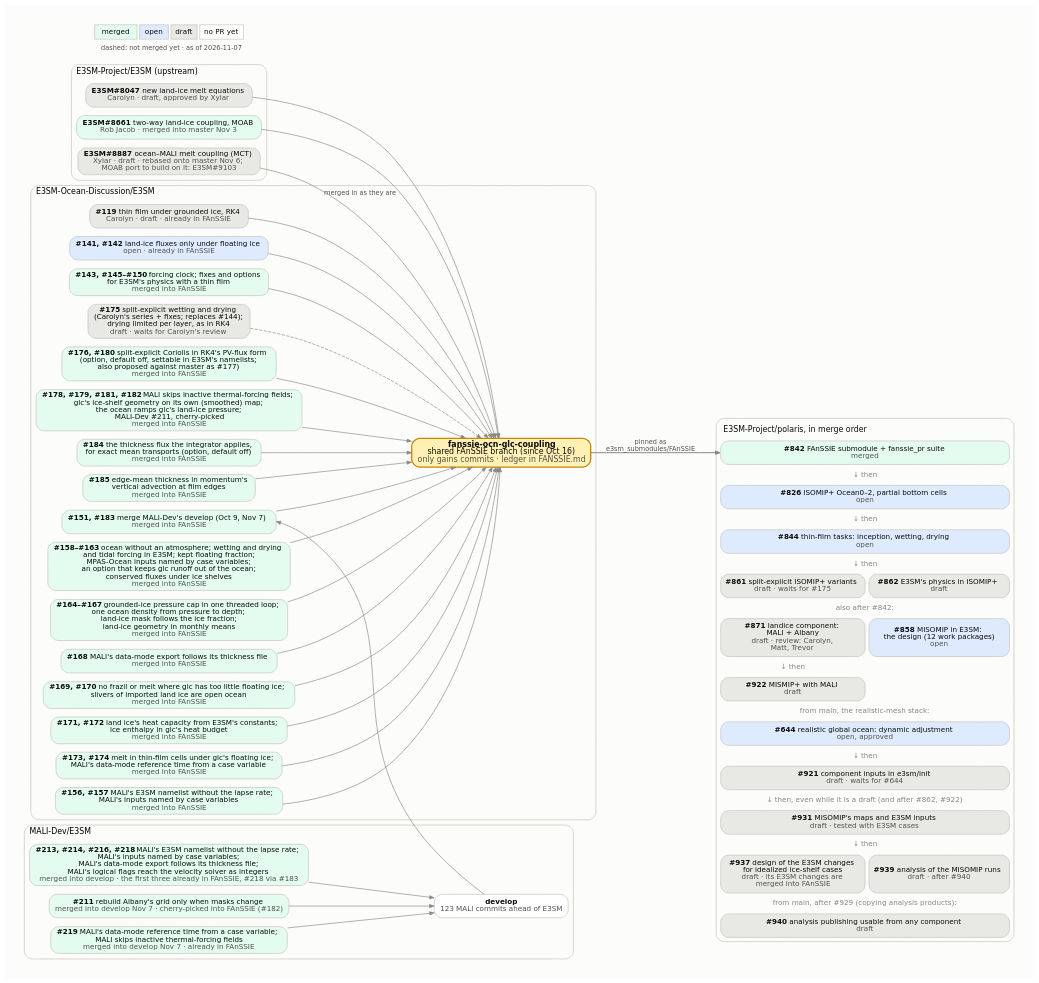
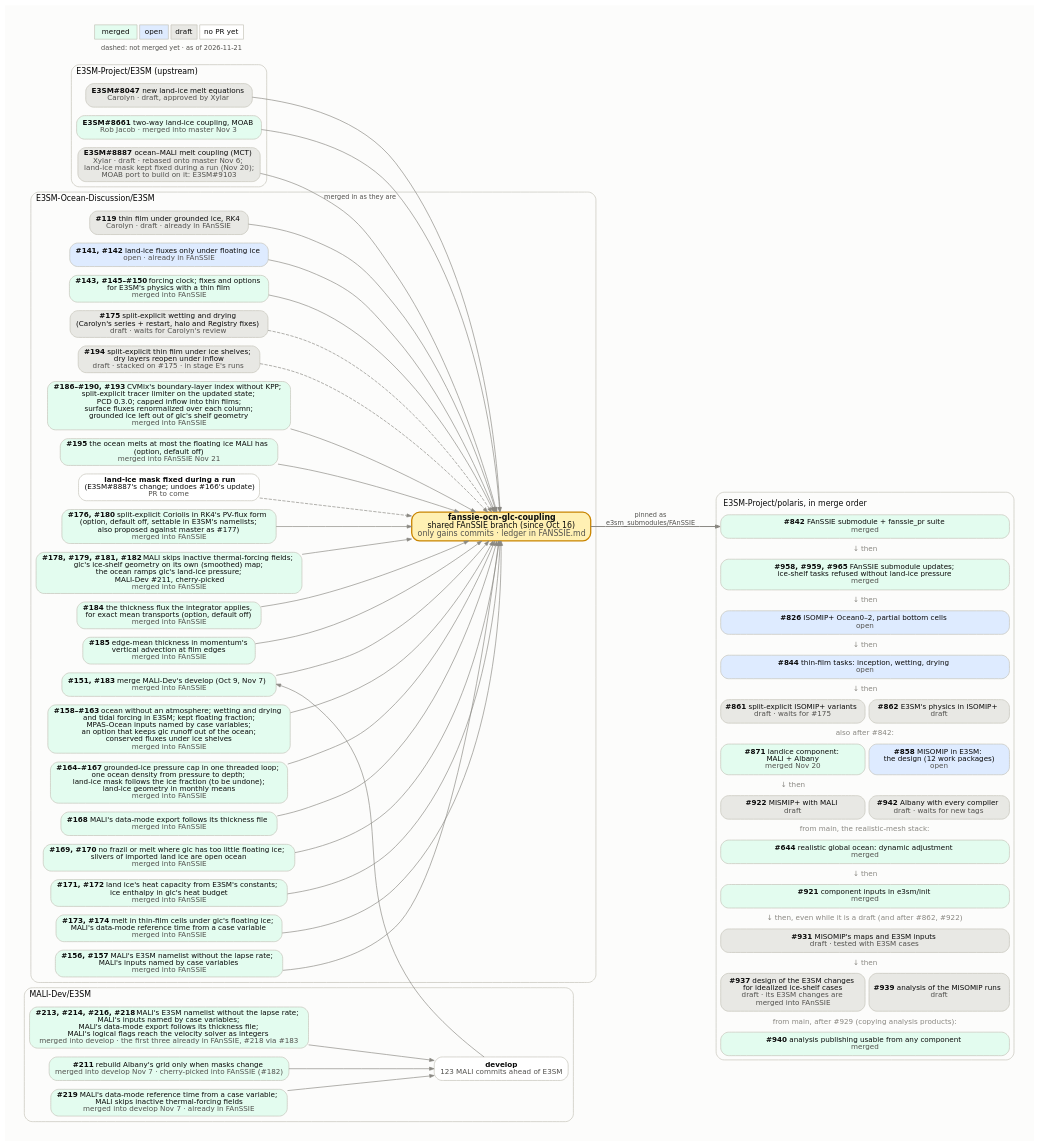
The diagram in docs/design_docs/misomip/code_flow.dot (E3SM-Project/polaris), drawn with Graphviz before and after one commit. The commit also changed 3 other files, not shown here.

First line of the commit message:
Update the MISOMIP status figures for the melt cap

```diff
--- a/docs/design_docs/misomip/code_flow.dot
+++ b/docs/design_docs/misomip/code_flow.dot
@@ -29,7 +29,7 @@
     labeljust=l; fontsize=12; color="#c3c2b7"; style="rounded";
     e8047 [label=<<b>E3SM#8047</b>  new land-ice melt equations<br/><font color="#52514e">Carolyn · draft, approved by Xylar</font>>, fillcolor="#e8e8e4"];
     e8661 [label=<<b>E3SM#8661</b>  two-way land-ice coupling, MOAB<br/><font color="#52514e">Rob Jacob · merged into master Nov 3</font>>, fillcolor="#e3fcef"];
-    e8887 [label=<<b>E3SM#8887</b>  ocean–MALI melt coupling (MCT)<br/><font color="#52514e">Xylar · draft · rebased onto master Nov 6;<br/>MOAB port to build on it: E3SM#9103</font>>, fillcolor="#e8e8e4"];
+    e8887 [label=<<b>E3SM#8887</b>  ocean–MALI melt coupling (MCT)<br/><font color="#52514e">Xylar · draft · rebased onto master Nov 6;<br/>land-ice mask kept fixed during a run (Nov 20);<br/>MOAB port to build on it: E3SM#9103</font>>, fillcolor="#e8e8e4"];
   }
 
   subgraph cluster_malidev {
@@ -47,14 +47,18 @@
     d119 [label=<<b>#119</b>  thin film under grounded ice, RK4<br/><font color="#52514e">Carolyn · draft · already in FAnSSIE</font>>, fillcolor="#e8e8e4"];
     d141 [label=<<b>#141, #142</b>  land-ice fluxes only under floating ice<br/><font color="#52514e">open · already in FAnSSIE</font>>, fillcolor="#deebff"];
     d143 [label=<<b>#143, #145–#150</b>  forcing clock; fixes and options<br/>for E3SM's physics with a thin film<br/><font color="#52514e">merged into FAnSSIE</font>>, fillcolor="#e3fcef"];
-    d175 [label=<<b>#175</b>  split-explicit wetting and drying<br/>(Carolyn's series + fixes; replaces #144);<br/>drying limited per layer, as in RK4<br/><font color="#52514e">draft · waits for Carolyn's review</font>>, fillcolor="#e8e8e4"];
+    d175 [label=<<b>#175</b>  split-explicit wetting and drying<br/>(Carolyn's series + restart, halo and Registry fixes)<br/><font color="#52514e">draft · waits for Carolyn's review</font>>, fillcolor="#e8e8e4"];
+    d194 [label=<<b>#194</b>  split-explicit thin film under ice shelves;<br/>dry layers reopen under inflow<br/><font color="#52514e">draft · stacked on #175 · in stage E's runs</font>>, fillcolor="#e8e8e4"];
+    d186 [label=<<b>#186–#190, #193</b>  CVMix's boundary-layer index without KPP;<br/>split-explicit tracer limiter on the updated state;<br/>PCD 0.3.0; capped inflow into thin films;<br/>surface fluxes renormalized over each column;<br/>grounded ice left out of glc's shelf geometry<br/><font color="#52514e">merged into FAnSSIE</font>>, fillcolor="#e3fcef"];
+    d195 [label=<<b>#195</b>  the ocean melts at most the floating ice MALI has<br/>(option, default off)<br/><font color="#52514e">merged into FAnSSIE Nov 21</font>>, fillcolor="#e3fcef"];
+    dmask [label=<<b>land-ice mask fixed during a run</b><br/>(E3SM#8887's change; undoes #166's update)<br/><font color="#52514e">PR to come</font>>, fillcolor="#ffffff"];
     d176 [label=<<b>#176, #180</b>  split-explicit Coriolis in RK4's PV-flux form<br/>(option, default off, settable in E3SM's namelists;<br/>also proposed against master as #177)<br/><font color="#52514e">merged into FAnSSIE</font>>, fillcolor="#e3fcef"];
     d178 [label=<<b>#178, #179, #181, #182</b>  MALI skips inactive thermal-forcing fields;<br/>glc's ice-shelf geometry on its own (smoothed) map;<br/>the ocean ramps glc's land-ice pressure;<br/>MALI-Dev #211, cherry-picked<br/><font color="#52514e">merged into FAnSSIE</font>>, fillcolor="#e3fcef"];
     d184 [label=<<b>#184</b>  the thickness flux the integrator applies,<br/>for exact mean transports (option, default off)<br/><font color="#52514e">merged into FAnSSIE</font>>, fillcolor="#e3fcef"];
     dvadv [label=<<b>#185</b>  edge-mean thickness in momentum's<br/>vertical advection at film edges<br/><font color="#52514e">merged into FAnSSIE</font>>, fillcolor="#e3fcef"];
     d151 [label=<<b>#151, #183</b>  merge MALI-Dev's develop (Oct 9, Nov 7)<br/><font color="#52514e">merged into FAnSSIE</font>>, fillcolor="#e3fcef"];
     d158 [label=<<b>#158–#163</b>  ocean without an atmosphere; wetting and drying<br/>and tidal forcing in E3SM; kept floating fraction;<br/>MPAS-Ocean inputs named by case variables;<br/>an option that keeps glc runoff out of the ocean;<br/>conserved fluxes under ice shelves<br/><font color="#52514e">merged into FAnSSIE</font>>, fillcolor="#e3fcef"];
-    d164 [label=<<b>#164–#167</b>  grounded-ice pressure cap in one threaded loop;<br/>one ocean density from pressure to depth;<br/>land-ice mask follows the ice fraction;<br/>land-ice geometry in monthly means<br/><font color="#52514e">merged into FAnSSIE</font>>, fillcolor="#e3fcef"];
+    d164 [label=<<b>#164–#167</b>  grounded-ice pressure cap in one threaded loop;<br/>one ocean density from pressure to depth;<br/>land-ice mask follows the ice fraction (to be undone);<br/>land-ice geometry in monthly means<br/><font color="#52514e">merged into FAnSSIE</font>>, fillcolor="#e3fcef"];
     d168 [label=<<b>#168</b>  MALI's data-mode export follows its thickness file<br/><font color="#52514e">merged into FAnSSIE</font>>, fillcolor="#e3fcef"];
     d169 [label=<<b>#169, #170</b>  no frazil or melt where glc has too little floating ice;<br/>slivers of imported land ice are open ocean<br/><font color="#52514e">merged into FAnSSIE</font>>, fillcolor="#e3fcef"];
     d171 [label=<<b>#171, #172</b>  land ice's heat capacity from E3SM's constants;<br/>ice enthalpy in glc's heat budget<br/><font color="#52514e">merged into FAnSSIE</font>>, fillcolor="#e3fcef"];
@@ -69,25 +73,27 @@
       <tr><td border="0" colspan="2" align="left"><font point-size="12">E3SM-Project/polaris, in merge order</font></td></tr>
       <tr><td port="p842" bgcolor="#e3fcef" colspan="2" style="rounded" cellpadding="6"><b>#842</b>  FAnSSIE submodule + fanssie_pr suite<br/><font color="#52514e">merged</font></td></tr>
       <tr><td border="0" colspan="2"><font color="#898781">↓ then</font></td></tr>
+      <tr><td port="p958" bgcolor="#e3fcef" colspan="2" style="rounded" cellpadding="6"><b>#958, #959, #965</b>  FAnSSIE submodule updates;<br/>ice-shelf tasks refused without land-ice pressure<br/><font color="#52514e">merged</font></td></tr>
+      <tr><td border="0" colspan="2"><font color="#898781">↓ then</font></td></tr>
       <tr><td port="p826" bgcolor="#deebff" colspan="2" style="rounded" cellpadding="6"><b>#826</b>  ISOMIP+ Ocean0–2, partial bottom cells<br/><font color="#52514e">open</font></td></tr>
       <tr><td border="0" colspan="2"><font color="#898781">↓ then</font></td></tr>
       <tr><td port="p844" bgcolor="#deebff" colspan="2" style="rounded" cellpadding="6"><b>#844</b>  thin-film tasks: inception, wetting, drying<br/><font color="#52514e">open</font></td></tr>
       <tr><td border="0" colspan="2"><font color="#898781">↓ then</font></td></tr>
       <tr><td port="p861" bgcolor="#e8e8e4" colspan="1" style="rounded" cellpadding="6"><b>#861</b>  split-explicit ISOMIP+ variants<br/><font color="#52514e">draft · waits for #175</font></td><td port="p862" bgcolor="#e8e8e4" colspan="1" style="rounded" cellpadding="6"><b>#862</b>  E3SM's physics in ISOMIP+<br/><font color="#52514e">draft</font></td></tr>
       <tr><td border="0" colspan="2"><font color="#898781">also after #842:</font></td></tr>
-      <tr><td port="p871" bgcolor="#e8e8e4" colspan="1" style="rounded" cellpadding="6"><b>#871</b>  landice component:<br/>MALI + Albany<br/><font color="#52514e">draft · review: Carolyn,<br/>Matt, Trevor</font></td><td port="p858" bgcolor="#deebff" colspan="1" style="rounded" cellpadding="6"><b>#858</b>  MISOMIP in E3SM:<br/>the design (12 work packages)<br/><font color="#52514e">open</font></td></tr>
+      <tr><td port="p871" bgcolor="#e3fcef" colspan="1" style="rounded" cellpadding="6"><b>#871</b>  landice component:<br/>MALI + Albany<br/><font color="#52514e">merged Nov 20</font></td><td port="p858" bgcolor="#deebff" colspan="1" style="rounded" cellpadding="6"><b>#858</b>  MISOMIP in E3SM:<br/>the design (12 work packages)<br/><font color="#52514e">open</font></td></tr>
       <tr><td border="0" colspan="1"><font color="#898781">↓ then</font></td><td border="0" colspan="1"></td></tr>
-      <tr><td port="p922" bgcolor="#e8e8e4" colspan="1" style="rounded" cellpadding="6"><b>#922</b>  MISMIP+ with MALI<br/><font color="#52514e">draft</font></td><td border="0" colspan="1"></td></tr>
+      <tr><td port="p922" bgcolor="#e8e8e4" colspan="1" style="rounded" cellpadding="6"><b>#922</b>  MISMIP+ with MALI<br/><font color="#52514e">draft</font></td><td port="p942" bgcolor="#e8e8e4" colspan="1" style="rounded" cellpadding="6"><b>#942</b>  Albany with every compiler<br/><font color="#52514e">draft · waits for new tags</font></td></tr>
       <tr><td border="0" colspan="2"><font color="#898781">from main, the realistic-mesh stack:</font></td></tr>
-      <tr><td port="p644" bgcolor="#deebff" colspan="2" style="rounded" cellpadding="6"><b>#644</b>  realistic global ocean: dynamic adjustment<br/><font color="#52514e">open, approved</font></td></tr>
+      <tr><td port="p644" bgcolor="#e3fcef" colspan="2" style="rounded" cellpadding="6"><b>#644</b>  realistic global ocean: dynamic adjustment<br/><font color="#52514e">merged</font></td></tr>
       <tr><td border="0" colspan="2"><font color="#898781">↓ then</font></td></tr>
-      <tr><td port="p921" bgcolor="#e8e8e4" colspan="2" style="rounded" cellpadding="6"><b>#921</b>  component inputs in e3sm/init<br/><font color="#52514e">draft · waits for #644</font></td></tr>
+      <tr><td port="p921" bgcolor="#e3fcef" colspan="2" style="rounded" cellpadding="6"><b>#921</b>  component inputs in e3sm/init<br/><font color="#52514e">merged</font></td></tr>
       <tr><td border="0" colspan="2"><font color="#898781">↓ then, even while it is a draft (and after #862, #922)</font></td></tr>
       <tr><td port="pwp56" bgcolor="#e8e8e4" colspan="2" style="rounded" cellpadding="6"><b>#931</b>  MISOMIP's maps and E3SM inputs<br/><font color="#52514e">draft · tested with E3SM cases</font></td></tr>
       <tr><td border="0" colspan="2"><font color="#898781">↓ then</font></td></tr>
-      <tr><td port="pwp7" bgcolor="#e8e8e4" colspan="1" style="rounded" cellpadding="6"><b>#937</b>  design of the E3SM changes<br/>for idealized ice-shelf cases<br/><font color="#52514e">draft · its E3SM changes are<br/>merged into FAnSSIE</font></td><td port="pwp9" bgcolor="#e8e8e4" colspan="1" style="rounded" cellpadding="6"><b>#939</b>  analysis of the MISOMIP runs<br/><font color="#52514e">draft · after #940</font></td></tr>
+      <tr><td port="pwp7" bgcolor="#e8e8e4" colspan="1" style="rounded" cellpadding="6"><b>#937</b>  design of the E3SM changes<br/>for idealized ice-shelf cases<br/><font color="#52514e">draft · its E3SM changes are<br/>merged into FAnSSIE</font></td><td port="pwp9" bgcolor="#e8e8e4" colspan="1" style="rounded" cellpadding="6"><b>#939</b>  analysis of the MISOMIP runs<br/><font color="#52514e">draft</font></td></tr>
       <tr><td border="0" colspan="2"><font color="#898781">from main, after #929 (copying analysis products):</font></td></tr>
-      <tr><td port="p940" bgcolor="#e8e8e4" colspan="2" style="rounded" cellpadding="6"><b>#940</b>  analysis publishing usable from any component<br/><font color="#52514e">draft</font></td></tr>
+      <tr><td port="p940" bgcolor="#e3fcef" colspan="2" style="rounded" cellpadding="6"><b>#940</b>  analysis publishing usable from any component<br/><font color="#52514e">merged</font></td></tr>
     </table>>];
 
   e8047 -> fanssie;
@@ -97,6 +103,10 @@
   d141 -> fanssie;
   d143 -> fanssie;
   d175 -> fanssie [style=dashed];
+  d194 -> fanssie [style=dashed];
+  d186 -> fanssie;
+  d195 -> fanssie;
+  dmask -> fanssie [style=dashed];
   m211 -> malidev;
   m213 -> malidev;
   m219 -> malidev;
@@ -120,6 +130,6 @@
   legend [shape=plaintext, style="", label=<
     <table border="0" cellborder="1" cellspacing="4" cellpadding="4" color="#c3c2b7">
       <tr><td bgcolor="#e3fcef">merged</td><td bgcolor="#deebff">open</td><td bgcolor="#e8e8e4">draft</td><td bgcolor="#ffffff">no PR yet</td></tr>
-      <tr><td colspan="4" border="0"><font point-size="10" color="#52514e">dashed: not merged yet · as of 2026-11-07</font></td></tr>
+      <tr><td colspan="4" border="0"><font point-size="10" color="#52514e">dashed: not merged yet · as of 2026-11-21</font></td></tr>
     </table>>];
 }
```
